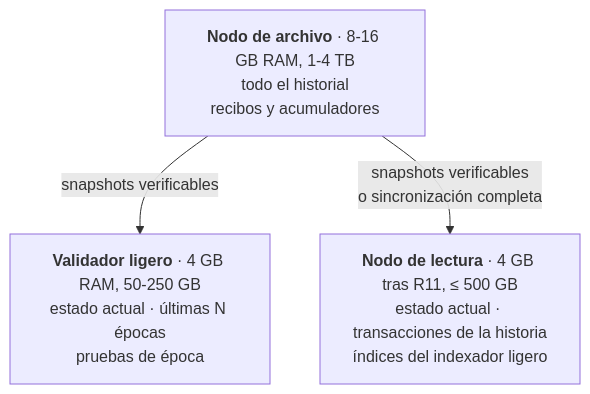
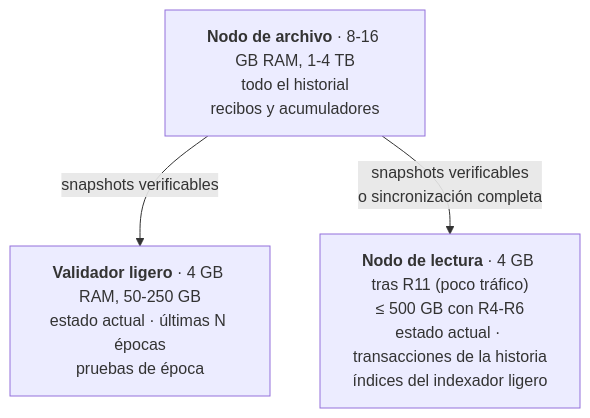
Before and after one commit to dazligth/radix-decentralization-roadmap: the fourth of 4 diagrams in docs/es/09-nodos-ligeros.md, drawn with Mermaid. The commit also changed other lines of this file and 32 other files, not shown here.

First line of the commit message:
Add chapter 13, decentralised history, detailed roadmap and review fixes

````diff
--- a/docs/es/09-nodos-ligeros.md
+++ b/docs/es/09-nodos-ligeros.md
@@ -437,8 +451,8 @@
 ```mermaid
 flowchart TB
     A["<b>Nodo de archivo</b> · 8-16 GB RAM, 1-4 TB<br/>todo el historial<br/>recibos y acumuladores"]
     V["<b>Validador ligero</b> · 4 GB RAM, 50-250 GB<br/>estado actual · últimas N épocas<br/>pruebas de época"]
-    R["<b>Nodo de lectura</b> · 4 GB tras R11, ≤ 500 GB<br/>estado actual · transacciones de la historia<br/>índices del indexador ligero"]
+    R["<b>Nodo de lectura</b> · 4 GB tras R11 (poco tráfico)<br/>≤ 500 GB con R4-R6<br/>estado actual · transacciones de la historia<br/>índices del indexador ligero"]
     A -->|"snapshots verificables"| V
     A -->|"snapshots verificables<br/>o sincronización completa"| R
 ```
````
